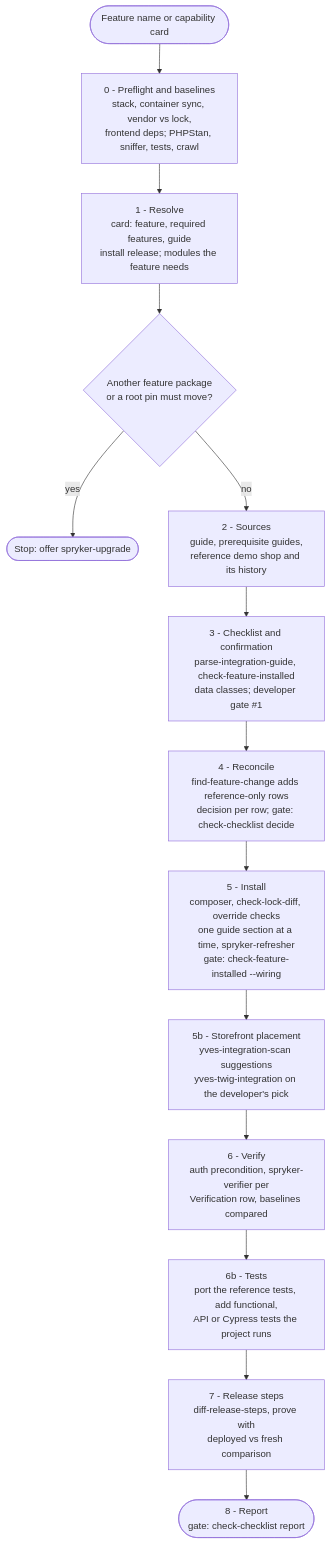
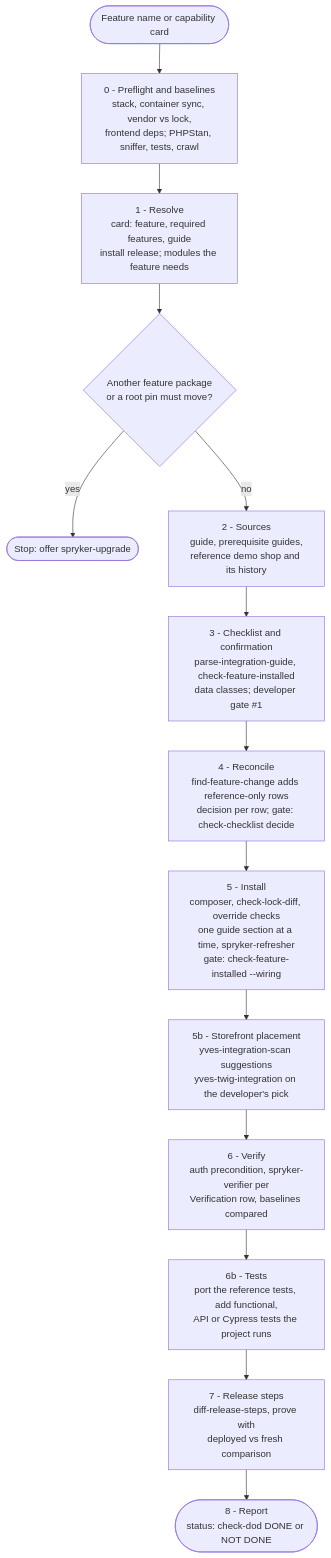
Before and after one commit to spryker-sdk/ai-dev: the diagram in plugins/spryker-ai-dev-sdk/skills/spryker-feature-install/README.md, drawn with Mermaid. The commit also changed other lines of this file and 5 other files, not shown here.

````diff
--- a/plugins/spryker-ai-dev-sdk/skills/spryker-feature-install/README.md
+++ b/plugins/spryker-ai-dev-sdk/skills/spryker-feature-install/README.md
@@ -21,16 +21,16 @@
 ```mermaid
 flowchart TD
     A([Feature name or capability card]) --> P0["0 - Preflight and baselines<br/>stack, container sync, vendor vs lock,<br/>frontend deps; PHPStan, sniffer, tests, crawl"]
     P0 --> B["1 - Resolve<br/>card: feature, required features, guide<br/>install release; modules the feature needs"]
     B --> UP{"Another feature package<br/>or a root pin must move?"}
     UP -- "yes" --> X(["Stop: offer spryker-upgrade"])
     UP -- "no" --> S["2 - Sources<br/>guide, prerequisite guides,<br/>reference demo shop and its history"]
     S --> C["3 - Checklist and confirmation<br/>parse-integration-guide, check-feature-installed<br/>data classes; developer gate #1"]
     C --> R["4 - Reconcile<br/>find-feature-change adds reference-only rows<br/>decision per row; gate: check-checklist decide"]
     R --> I["5 - Install<br/>composer, check-lock-diff, override checks<br/>one guide section at a time, spryker-refresher<br/>gate: check-feature-installed --wiring"]
     I --> Y["5b - Storefront placement<br/>yves-integration-scan suggestions<br/>yves-twig-integration on the developer's pick"]
     Y --> V["6 - Verify<br/>auth precondition, spryker-verifier per<br/>Verification row, baselines compared"]
     V --> T["6b - Tests<br/>port the reference tests, add functional,<br/>API or Cypress tests the project runs"]
     T --> RS["7 - Release steps<br/>diff-release-steps, prove with<br/>deployed vs fresh comparison"]
-    RS --> RP(["8 - Report<br/>gate: check-checklist report"])
+    RS --> RP(["8 - Report<br/>status: check-dod DONE or NOT DONE"])
 ```
````
